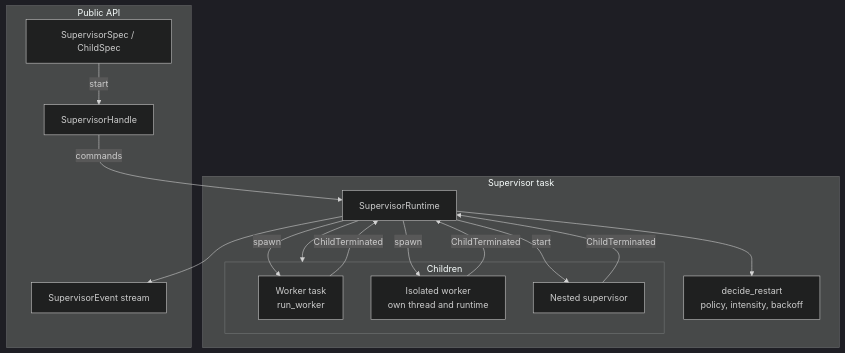
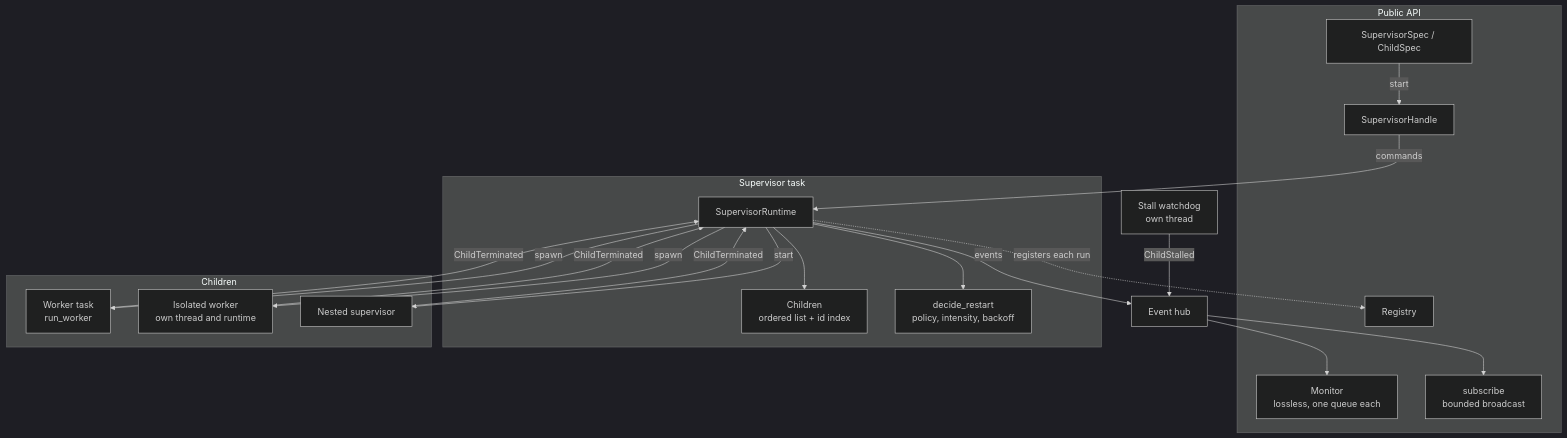
One commit to ashforge-rs/ash-flare changed the first of 4 diagrams in architecture.md. Above: the diagram before and after it, drawn with Mermaid (dark theme). The commit also changed other lines of this file and 6 other files, not shown here.

First line of the commit message:
docs: bring architecture, README and API docs up to date

````diff
--- a/architecture.md
+++ b/architecture.md
@@ -9,32 +10,41 @@
 ```mermaid
 graph TB
     subgraph "Public API"
         Spec[SupervisorSpec / ChildSpec]
         Handle[SupervisorHandle]
-        Events[SupervisorEvent stream]
+        Monitor[Monitor<br/>lossless, one queue each]
+        Subscribe[subscribe<br/>bounded broadcast]
+        Registry[Registry]
     end
 
     subgraph "Supervisor task"
         Runtime[SupervisorRuntime]
         Children[Children<br/>ordered list + id index]
         Decide[decide_restart<br/>policy, intensity, backoff]
     end
 
-    subgraph "Children"
+    Hub[Event hub]
+    Watchdog[Stall watchdog<br/>own thread]
+
+    subgraph ChildTasks["Children"]
         Worker[Worker task<br/>run_worker]
         Isolated[Isolated worker<br/>own thread and runtime]
         Nested[Nested supervisor]
     end
 
     Spec -->|start| Handle
     Handle -->|commands| Runtime
     Runtime --> Children
     Runtime --> Decide
     Runtime -->|spawn| Worker
     Runtime -->|spawn| Isolated
     Runtime -->|start| Nested
     Worker -->|ChildTerminated| Runtime
     Isolated -->|ChildTerminated| Runtime
     Nested -->|ChildTerminated| Runtime
-    Runtime --> Events
+    Runtime -->|events| Hub
+    Watchdog -->|ChildStalled| Hub
+    Hub --> Monitor
+    Hub --> Subscribe
+    Runtime -.->|registers each run| Registry
 ```
````
